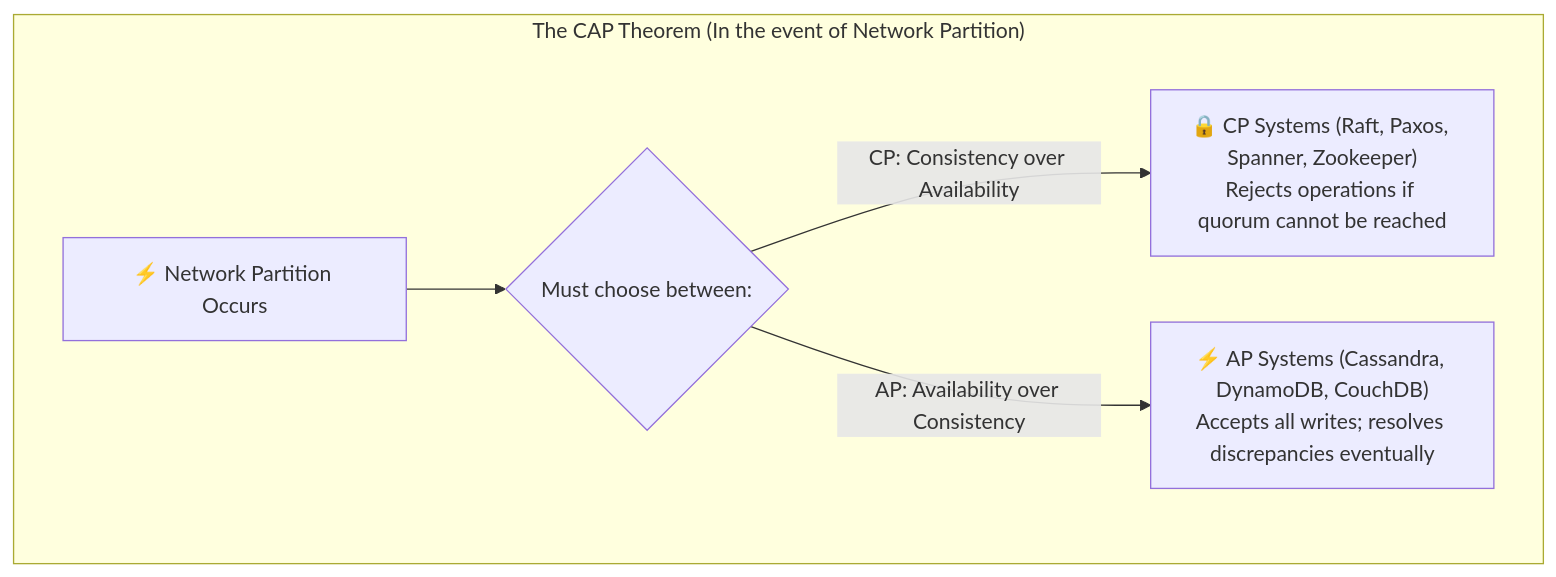
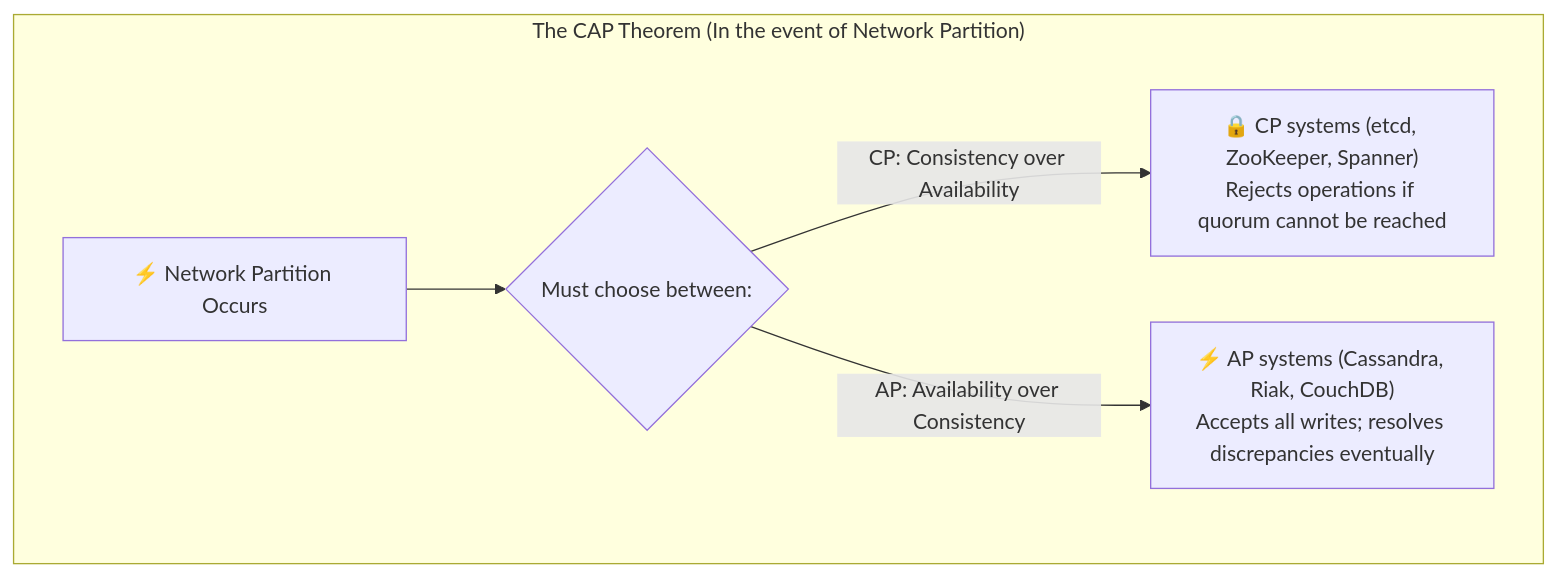
Before and after one commit to Aniketchavan7/system-design-illustrated: the diagram in 13-cap-and-pacelc-theorems/README.md, drawn with Mermaid. The commit also changed other lines of this file and 26 other files, not shown here.

Commit message:
fix: correct factual errors, broken diagrams and formulas; replace generic trade-offs with topic-specific ones

````diff
--- a/13-cap-and-pacelc-theorems/README.md
+++ b/13-cap-and-pacelc-theorems/README.md
@@ -14,9 +14,9 @@
 ```mermaid
 flowchart TD
     subgraph CAP["The CAP Theorem (In the event of Network Partition)"]
         P["⚡ Network Partition Occurs"]
         P --> Choice{"Must choose between:"}
-        Choice -->|CP: Consistency over Availability| CP["🔒 CP Systems (Raft, Paxos, Spanner, Zookeeper)\nRejects operations if quorum cannot be reached"]
-        Choice -->|AP: Availability over Consistency| AP["⚡ AP Systems (Cassandra, DynamoDB, CouchDB)\nAccepts all writes; resolves discrepancies eventually"]
+        Choice -->|CP: Consistency over Availability| CP["🔒 CP systems (etcd, ZooKeeper, Spanner)<br/>Rejects operations if quorum cannot be reached"]
+        Choice -->|AP: Availability over Consistency| AP["⚡ AP systems (Cassandra, Riak, CouchDB)<br/>Accepts all writes; resolves discrepancies eventually"]
     end
 ```
````
